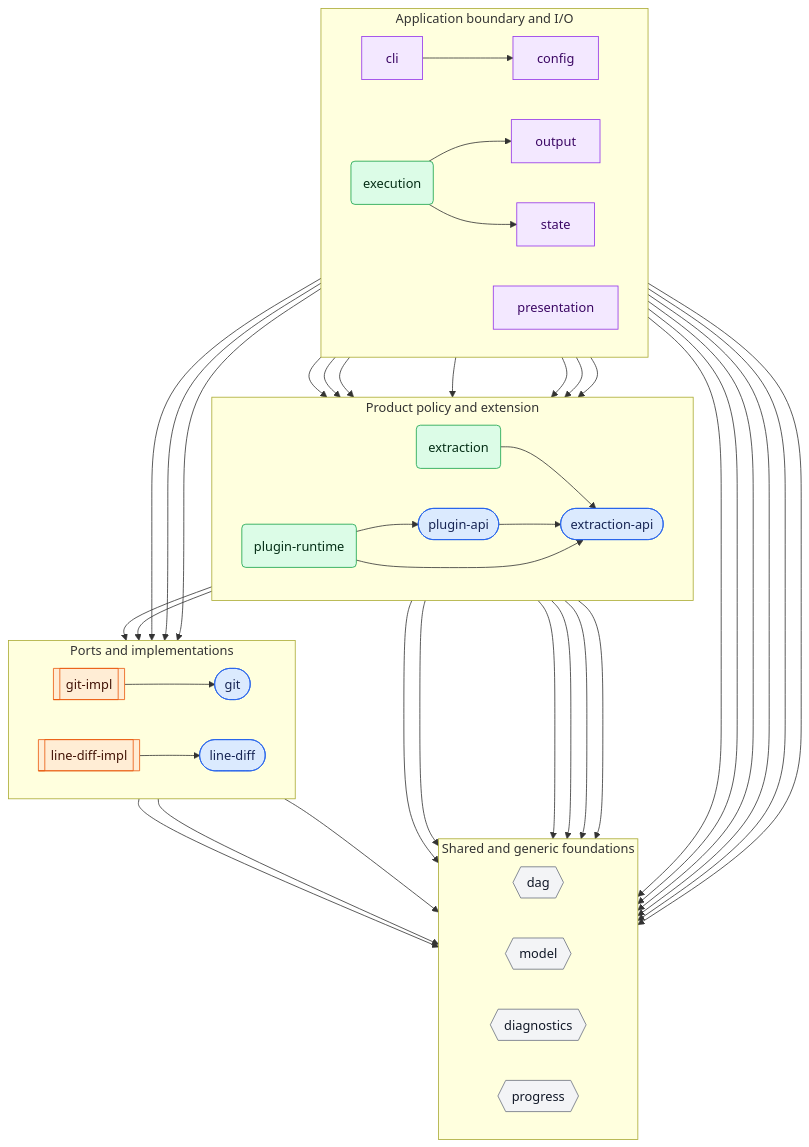
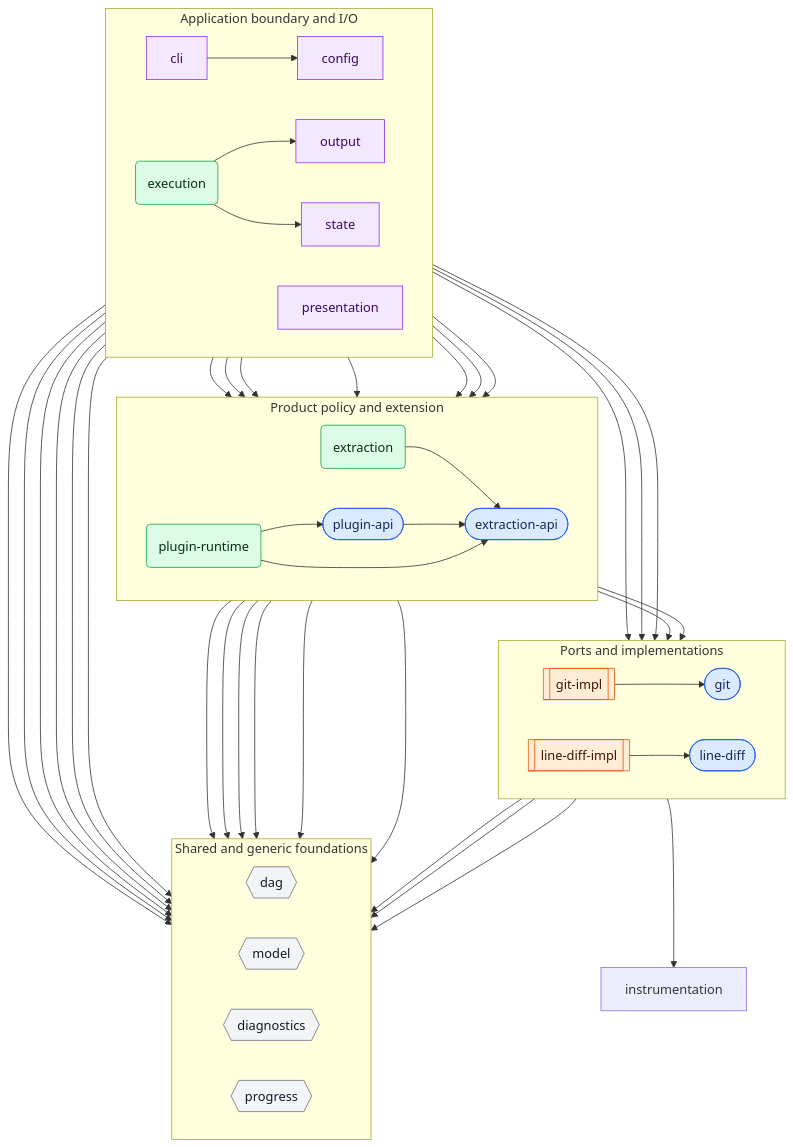
The first of 2 diagrams in packages/gitlode/docs/design/domain-design.md (gitlode/gitlode), drawn with Mermaid before and after one commit. The commit also changed other lines of this file and 12 other files, not shown here.

First line of the commit message:
Move line-diff profiling into its implementation (#73)

````diff
--- a/packages/gitlode/docs/design/domain-design.md
+++ b/packages/gitlode/docs/design/domain-design.md
@@ -540,6 +540,7 @@
   gitImpl --> dag
   gitImpl --> git
   gitImpl --> model
+  lineDiffImpl --> instrumentation
   lineDiffImpl --> lineDiff
 
 ```
````
